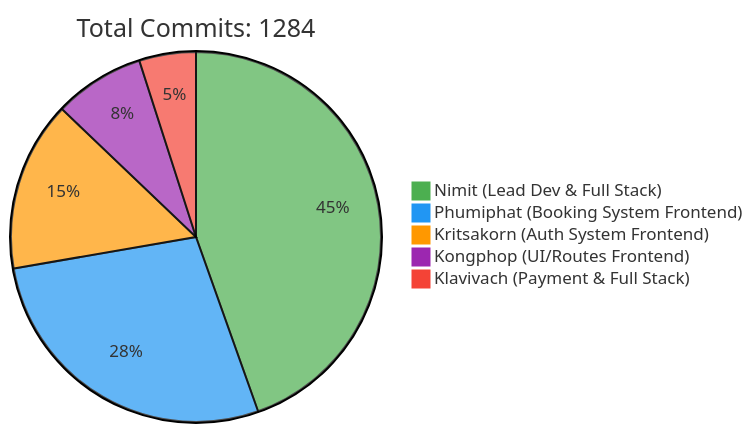
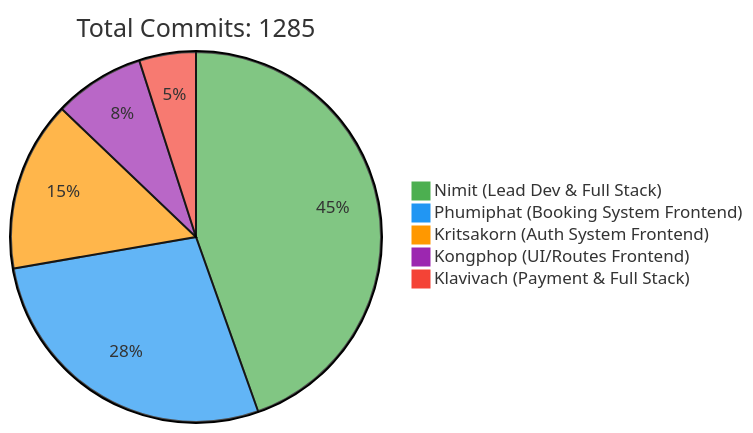
One commit to 6531503042/Sport-Complex changed the first of 2 diagrams in README.md. Above: the diagram before and after it, drawn with Mermaid. The commit also changed other lines of this file, not shown here.

Commit message:
docs: Update contributor statistics [skip ci]

````diff
--- a/README.md
+++ b/README.md
@@ -257,10 +257,10 @@
 ```mermaid
 %%{init: {'theme': 'base', 'themeVariables': { 'pie1': '#4CAF50', 'pie2': '#2196F3', 'pie3': '#FF9800', 'pie4': '#9C27B0', 'pie5': '#F44336'}}}%%
 pie
-    title Total Commits: 1284
+    title Total Commits: 1285
     "Nimit (Lead Dev & Full Stack)" : 450
     "Phumiphat (Booking System Frontend)" : 280
     "Kritsakorn (Auth System Frontend)" : 150
     "Kongphop (UI/Routes Frontend)" : 80
     "Klavivach (Payment & Full Stack)" : 50
 ```
````
